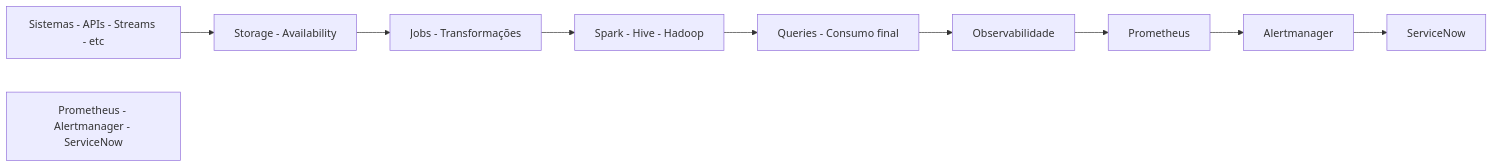
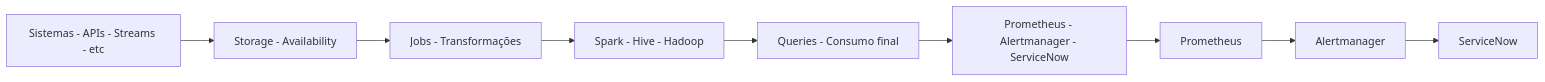
One commit to pmagaiwer/aws-datalake-observability changed the diagram in docs/architecture_observability_data_lake.md. Above: the diagram before and after it, drawn with Mermaid.

Commit message:
Observabilidade-CloudWatch+Grafana

````diff
--- a/docs/architecture_observability_data_lake.md
+++ b/docs/architecture_observability_data_lake.md
@@ -3,15 +3,15 @@
 ```mermaid
 flowchart LR
     Data-Producers["Sistemas - APIs - Streams - etc"]
     AWS-S3["Storage - Availability"]
     AWS-Glue-ETL["Jobs - Transformações"]
     AWS-EMR["Spark - Hive - Hadoop"]
     AWS-Athena["Queries - Consumo final"]
     Observabilidade-CloudWatch+Grafana["Prometheus - Alertmanager - ServiceNow"]
     Prometheus["Prometheus"]
     Alertmanager["Alertmanager"]
     ServiceNow["ServiceNow"]
 
-    Data-Producers --> AWS-S3 --> AWS-Glue-ETL --> AWS-EMR --> AWS-Athena --> Observabilidade
-    Observabilidade --> Prometheus --> Alertmanager --> ServiceNow
+    Data-Producers --> AWS-S3 --> AWS-Glue-ETL --> AWS-EMR --> AWS-Athena --> Observabilidade-CloudWatch+Grafana
+    Observabilidade-CloudWatch+Grafana --> Prometheus --> Alertmanager --> ServiceNow
 ```
````
